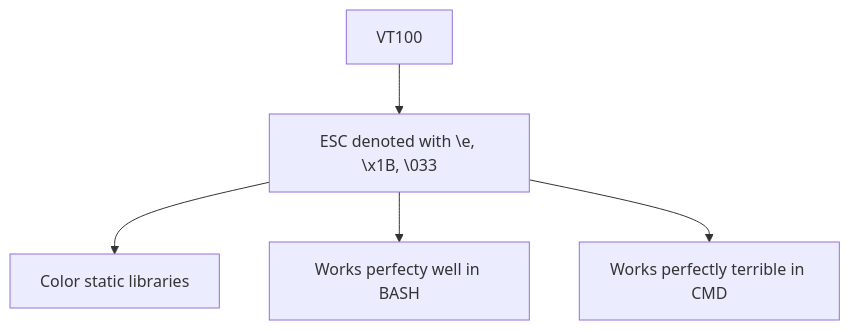
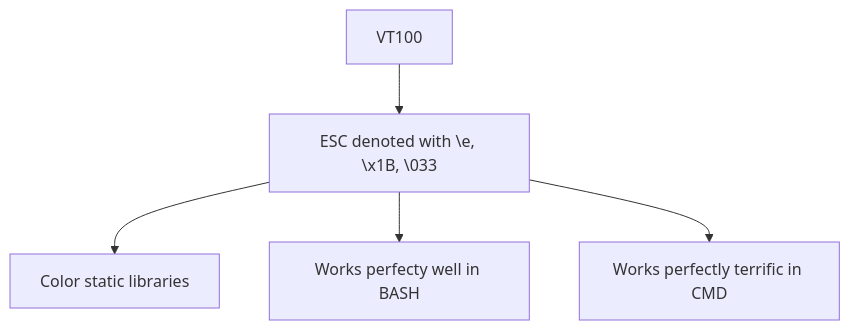
One commit to Matthew0x/ANSI-VT100 changed the diagram in readme.md. Above: the diagram before and after it, drawn with Mermaid. The commit also changed other lines of this file, not shown here.

````diff
--- a/readme.md
+++ b/readme.md
@@ -7,7 +7,7 @@
 ```mermaid
 graph TD;
-  a[VT100]-->b[ESC denoted with \e, \x1B, \033];
-  b-->b1[Color static libraries]
-  b-->b2[Works perfecty well in BASH];
-  b-->b3[Works perfectly terrible in CMD];
+  a[VT100] --> b[ESC denoted with \e, \x1B, \033];
+  b --> b1[Color static libraries];
+  b --> b2[Works perfecty well in BASH];
+  b --> b3[Works perfectly terrific in CMD];
 ```
````
